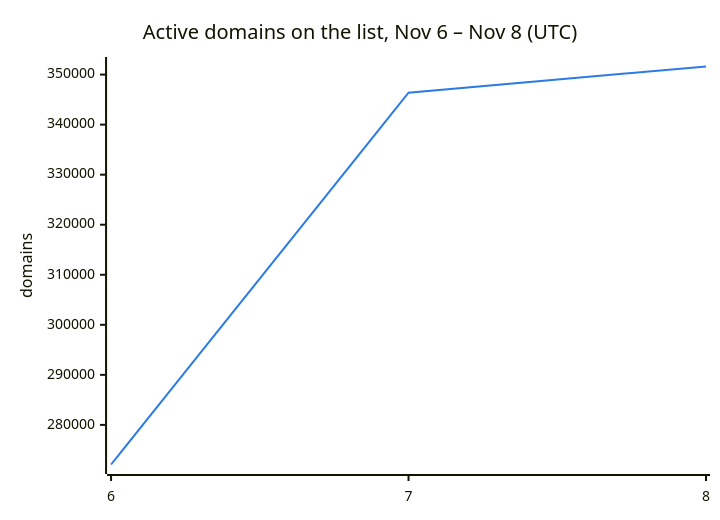
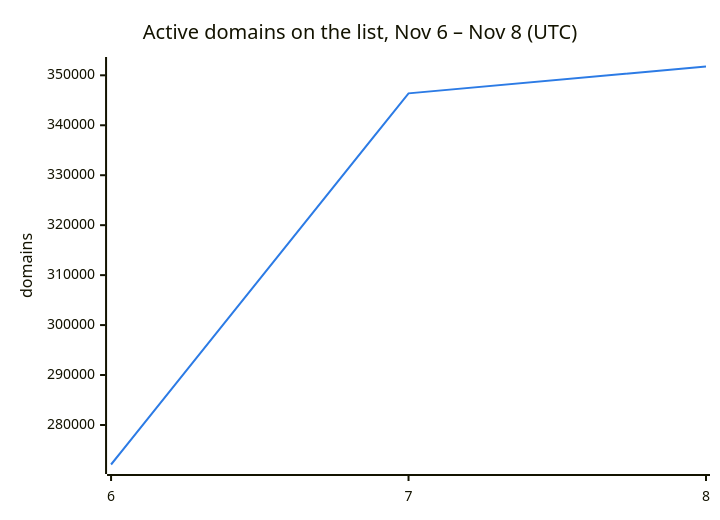
The second of 3 diagrams in README.md (DNSBunker/CTI), drawn with Mermaid before and after one commit. The commit also changed other lines of this file and 3 other files, not shown here.

````diff
--- a/README.md
+++ b/README.md
@@ -38,8 +38,8 @@
 ```mermaid
 %%{init: {"themeVariables": {"xyChart": {"plotColorPalette": "#2c7be5"}}}}%%
 xychart-beta
     title "Active domains on the list, Nov 6 – Nov 8 (UTC)"
     x-axis ["6", "7", "8"]
     y-axis "domains"
-    line [272088, 346388, 351614]
+    line [272088, 346388, 351765]
 ```
````
